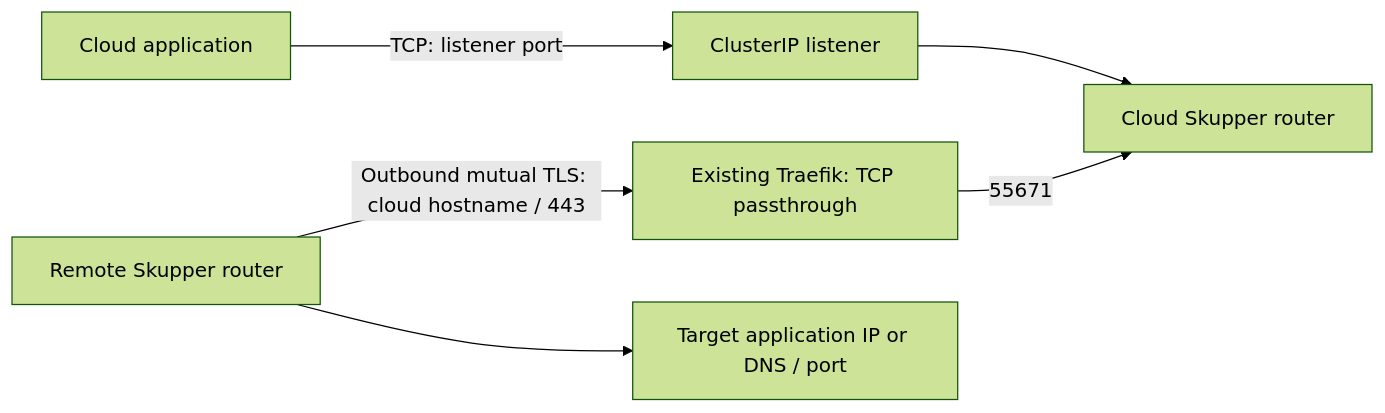
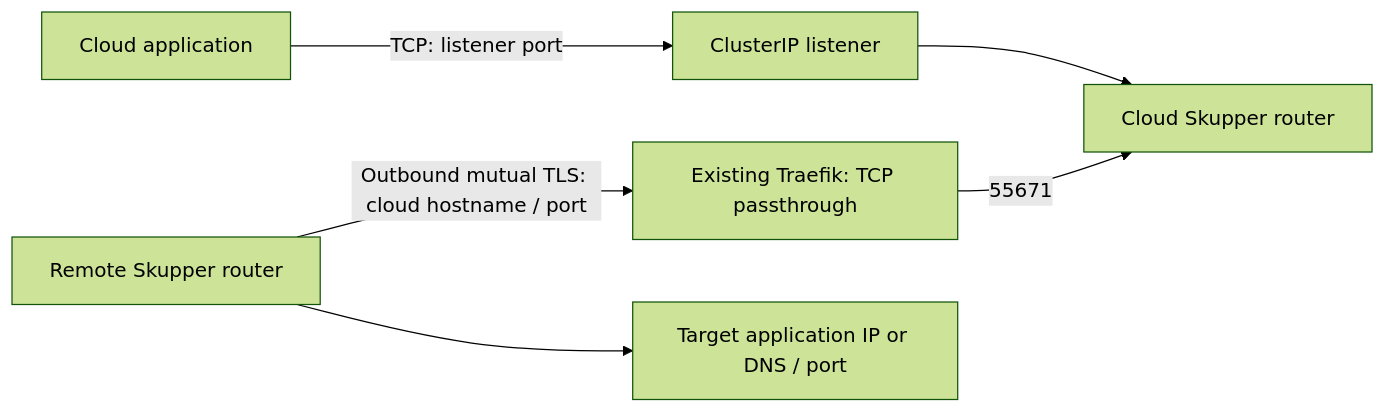
The diagram in skupper/cloud-listener.md (criticalmanufacturing/install-scripts), drawn with Mermaid (forest theme) before and after one commit. The commit also changed other lines of this file, not shown here.

````diff
--- a/skupper/cloud-listener.md
+++ b/skupper/cloud-listener.md
@@ -5,8 +5,8 @@
 ```mermaid
 flowchart LR
     App[Cloud application] -->|TCP: listener port| Listener[ClusterIP listener]
     Listener --> Cloud[Cloud Skupper router]
-    Remote[Remote Skupper router] -->|Outbound mutual TLS: cloud hostname / 443| Traefik[Existing Traefik: TCP passthrough]
+    Remote[Remote Skupper router] -->|Outbound mutual TLS: cloud hostname / port| Traefik[Existing Traefik: TCP passthrough]
     Traefik -->|55671| Cloud
     Remote --> Backend[Target application IP or DNS / port]
 ```
````
